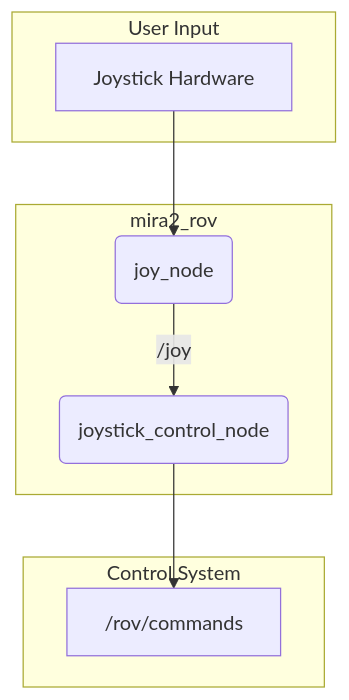
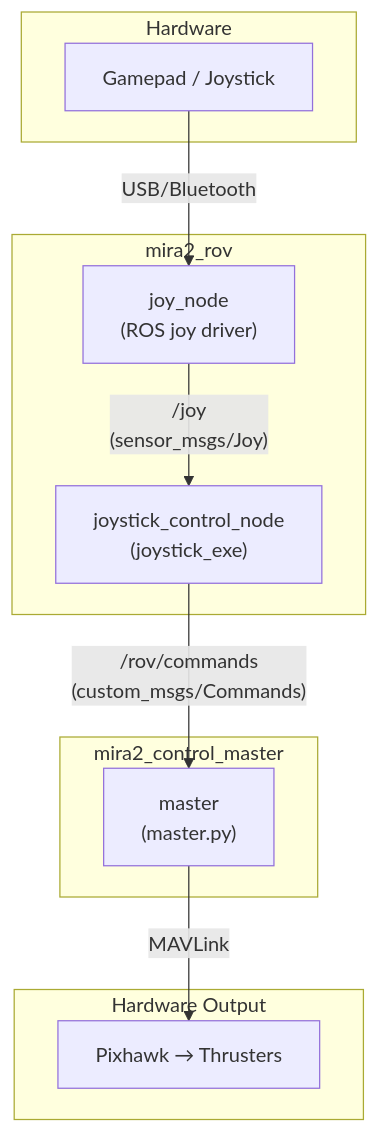
Before and after one commit to davidnoronha1/mira: the first of 2 diagrams in src/mira2_rov/README.md, drawn with Mermaid. The commit also changed other lines of this file and 11 other files, not shown here.

````diff
--- a/src/mira2_rov/README.md
+++ b/src/mira2_rov/README.md
@@ -15,19 +7,24 @@
 ```mermaid
 graph TD
-    subgraph User Input
-        A[Joystick Hardware]
+    subgraph Hardware
+        JS["Gamepad / Joystick"]
     end
 
     subgraph mira2_rov
-        B(joy_node)
-        C(joystick_control_node)
+        JOY["joy_node<br/>(ROS joy driver)"]
+        JC["joystick_control_node<br/>(joystick_exe)"]
     end
 
-    subgraph Control System
-        D["/rov/commands"]
+    subgraph mira2_control_master
+        MASTER["master<br/>(master.py)"]
     end
 
-    A --> B;
-    B -- "/joy" --> C;
-    C --> D;
+    subgraph Hardware Output
+        PX["Pixhawk → Thrusters"]
+    end
+
+    JS -- USB/Bluetooth --> JOY
+    JOY -- "/joy<br/>(sensor_msgs/Joy)" --> JC
+    JC -- "/rov/commands<br/>(custom_msgs/Commands)" --> MASTER
+    MASTER -- MAVLink --> PX
 ```
````
